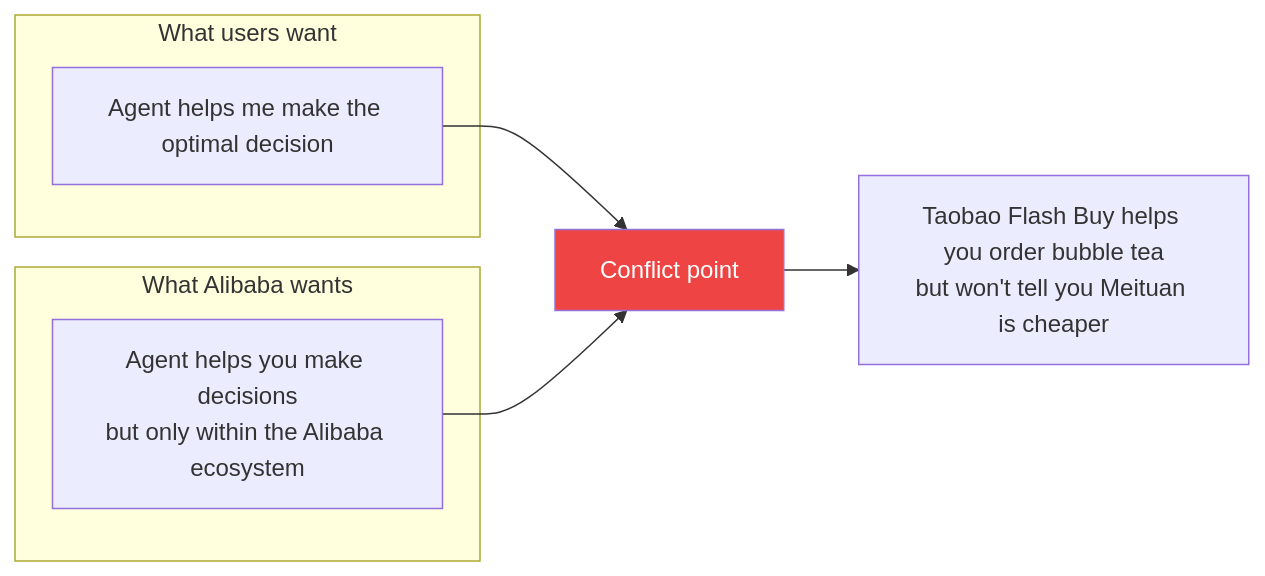
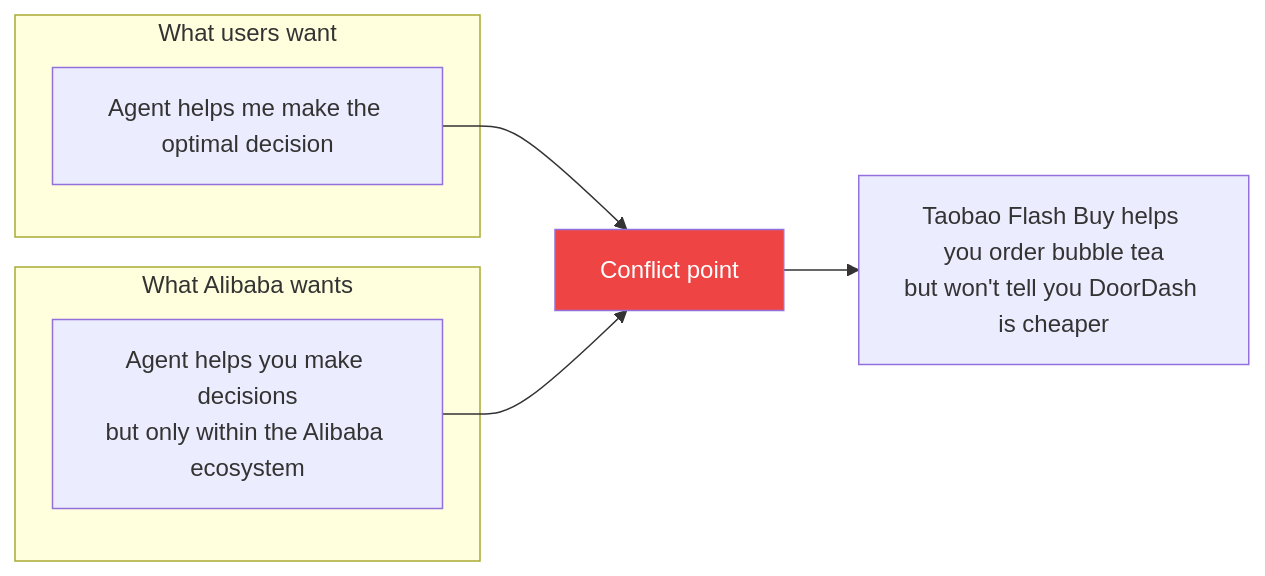
The third of 8 diagrams in content/en/posts/visual-vs-api-permission.md (Trashwbin/quill), drawn with Mermaid before and after one commit. The commit also changed other lines of this file and 2 other files, not shown here.

Commit message:
i18n: replace Chinese product refs with international equivalents (WeChat→WhatsApp, Feishu→Slack, 美团→DoorDash, etc.) - keep Alibaba ecosystem intact

````diff
--- a/content/en/posts/visual-vs-api-permission.md
+++ b/content/en/posts/visual-vs-api-permission.md
@@ -91,16 +91,16 @@
 ```mermaid
 graph LR
     subgraph "What users want"
         U["Agent helps me make the optimal decision"]
     end
     
     subgraph "What Alibaba wants"
         A["Agent helps you make decisions<br/>but only within the Alibaba ecosystem"]
     end
     
     U --> Gap["Conflict point"]
     A --> Gap
-    Gap --> Result["Taobao Flash Buy helps you order bubble tea<br/>but won't tell you Meituan is cheaper"]
+    Gap --> Result["Taobao Flash Buy helps you order bubble tea<br/>but won't tell you DoorDash is cheaper"]
     
     style Gap fill:#ef4444,color:#fff
 ```
````
